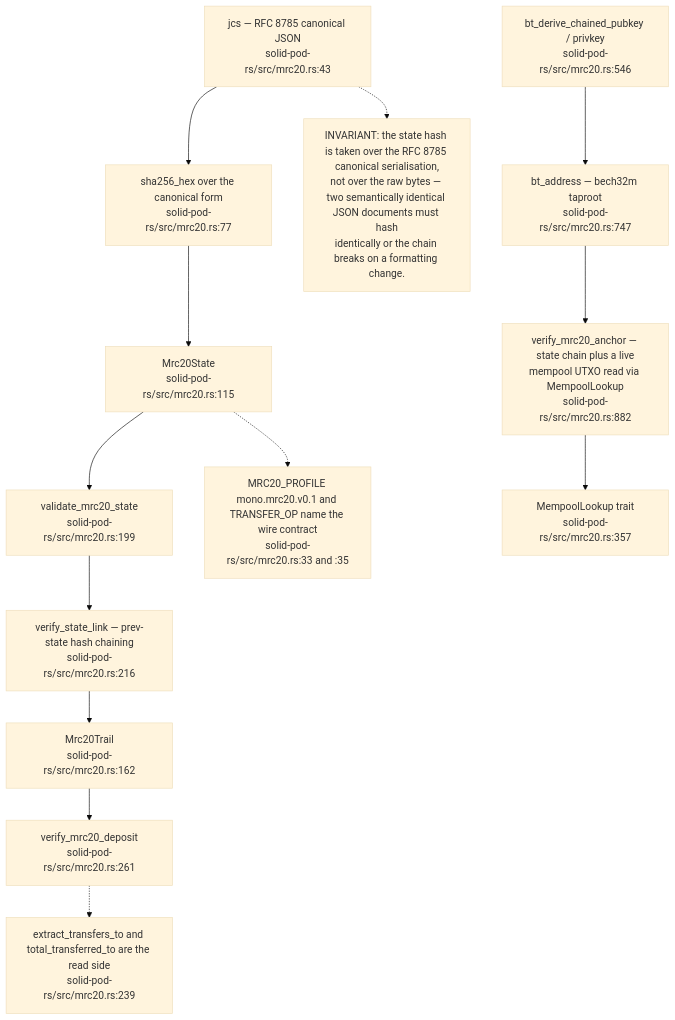
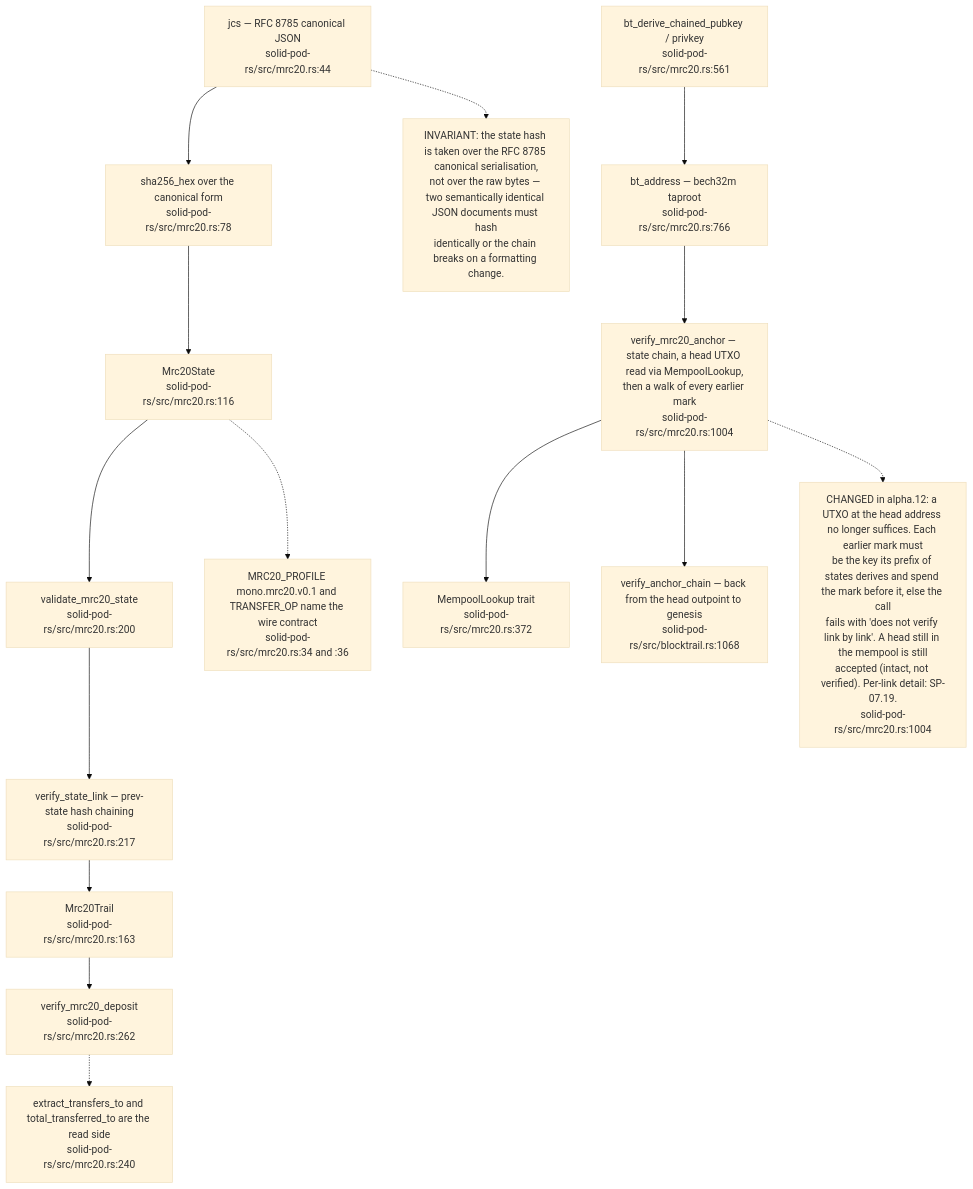
Before and after one commit to DreamLab-AI/VisionFlow: the eighth of 19 diagrams in docs/diagrams/solid-pod-rs/07-provenance-and-payments.md, drawn with Mermaid (base theme). The commit also changed other lines of this file and 26 other files, not shown here.

First line of the commit message:
docs(diagrams): re-verify solid-pod-rs, nostr-rust-forum and visionclaw 22/36 against HEAD

````diff
--- a/docs/diagrams/solid-pod-rs/07-provenance-and-payments.md
+++ b/docs/diagrams/solid-pod-rs/07-provenance-and-payments.md
@@ -231,25 +242,29 @@
 ```mermaid
 flowchart TD
-    JCS["jcs — RFC 8785 canonical JSON<br/>solid-pod-rs/src/mrc20.rs:43"]
-    SHA["sha256_hex over the canonical form<br/>solid-pod-rs/src/mrc20.rs:77"]
-    ST["Mrc20State<br/>solid-pod-rs/src/mrc20.rs:115"]
-    VAL["validate_mrc20_state<br/>solid-pod-rs/src/mrc20.rs:199"]
-    LNK["verify_state_link — prev-state hash chaining<br/>solid-pod-rs/src/mrc20.rs:216"]
-    TR["Mrc20Trail<br/>solid-pod-rs/src/mrc20.rs:162"]
-    DEP["verify_mrc20_deposit<br/>solid-pod-rs/src/mrc20.rs:261"]
-    KEY["bt_derive_chained_pubkey / privkey<br/>solid-pod-rs/src/mrc20.rs:546"]
-    ADDR["bt_address — bech32m taproot<br/>solid-pod-rs/src/mrc20.rs:747"]
-    VER["verify_mrc20_anchor — state chain plus a live<br/>mempool UTXO read via MempoolLookup<br/>solid-pod-rs/src/mrc20.rs:882"]
-    ML["MempoolLookup trait<br/>solid-pod-rs/src/mrc20.rs:357"]
+    JCS["jcs — RFC 8785 canonical JSON<br/>solid-pod-rs/src/mrc20.rs:44"]
+    SHA["sha256_hex over the canonical form<br/>solid-pod-rs/src/mrc20.rs:78"]
+    ST["Mrc20State<br/>solid-pod-rs/src/mrc20.rs:116"]
+    VAL["validate_mrc20_state<br/>solid-pod-rs/src/mrc20.rs:200"]
+    LNK["verify_state_link — prev-state hash chaining<br/>solid-pod-rs/src/mrc20.rs:217"]
+    TR["Mrc20Trail<br/>solid-pod-rs/src/mrc20.rs:163"]
+    DEP["verify_mrc20_deposit<br/>solid-pod-rs/src/mrc20.rs:262"]
+    KEY["bt_derive_chained_pubkey / privkey<br/>solid-pod-rs/src/mrc20.rs:561"]
+    ADDR["bt_address — bech32m taproot<br/>solid-pod-rs/src/mrc20.rs:766"]
+    VER["verify_mrc20_anchor — state chain, a head UTXO read via MempoolLookup,<br/>then a walk of every earlier mark<br/>solid-pod-rs/src/mrc20.rs:1004"]
+    WALK["verify_anchor_chain — back from the head outpoint to genesis<br/>solid-pod-rs/src/blocktrail.rs:1068"]
+    ML["MempoolLookup trait<br/>solid-pod-rs/src/mrc20.rs:372"]
 
     JCS --> SHA --> ST --> VAL --> LNK --> TR
     TR --> DEP
     KEY --> ADDR --> VER --> ML
+    VER --> WALK
 
     N["INVARIANT: the state hash is taken over the RFC 8785 canonical serialisation,<br/>not over the raw bytes — two semantically identical JSON documents must hash<br/>identically or the chain breaks on a formatting change."]
     JCS -.-> N
-    N2["MRC20_PROFILE mono.mrc20.v0.1 and TRANSFER_OP name the wire contract<br/>solid-pod-rs/src/mrc20.rs:33 and :35"]
+    N2["MRC20_PROFILE mono.mrc20.v0.1 and TRANSFER_OP name the wire contract<br/>solid-pod-rs/src/mrc20.rs:34 and :36"]
     ST -.-> N2
-    N3["extract_transfers_to and total_transferred_to are the read side<br/>solid-pod-rs/src/mrc20.rs:239"]
+    N3["extract_transfers_to and total_transferred_to are the read side<br/>solid-pod-rs/src/mrc20.rs:240"]
     DEP -.-> N3
+    N4["CHANGED in alpha.12: a UTXO at the head address no longer suffices. Each earlier mark must<br/>be the key its prefix of states derives and spend the mark before it, else the call<br/>fails with 'does not verify link by link'. A head still in the mempool is still<br/>accepted (intact, not verified). Per-link detail: SP-07.19.<br/>solid-pod-rs/src/mrc20.rs:1004"]
+    VER -.-> N4
 ```
````
